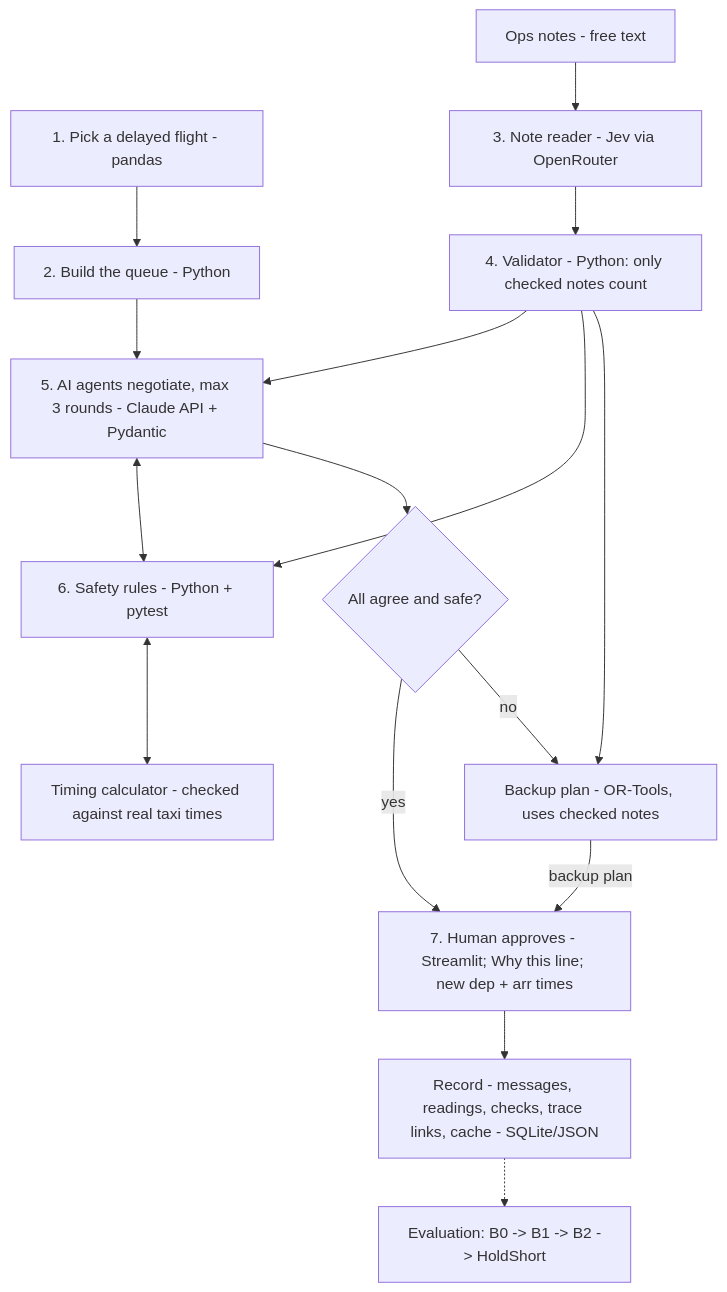
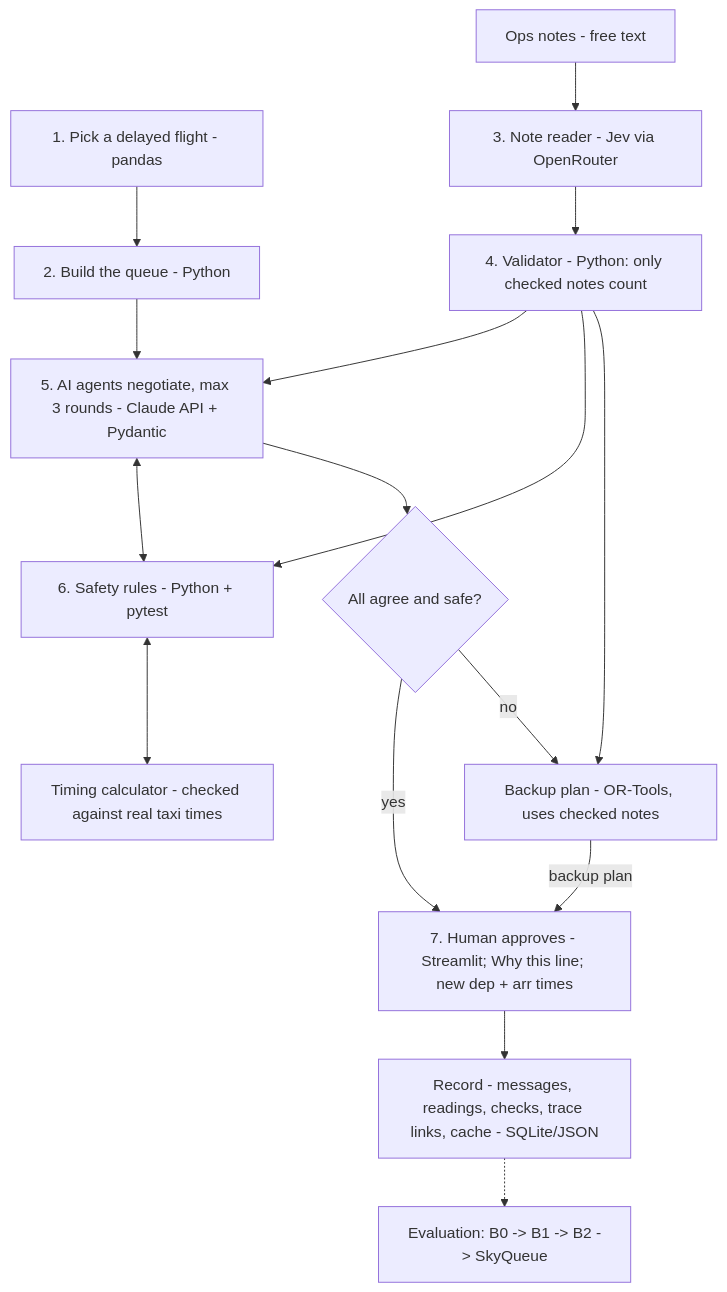
Before and after one commit to slyf0xx97/SkyQueue: the diagram in docs/brief.md, drawn with Mermaid. The commit also changed other lines of this file and 15 other files, not shown here.

Commit message:
Rename product to SkyQueue

````diff
--- a/docs/brief.md
+++ b/docs/brief.md
@@ -237,18 +226,18 @@
 ```mermaid
 flowchart TD
   A[1. Pick a delayed flight - pandas] --> B[2. Build the queue - Python]
   N[Ops notes - free text] --> J[3. Note reader - Jev via OpenRouter]
   J --> V[4. Validator - Python: only checked notes count]
   B --> C[5. AI agents negotiate, max 3 rounds - Claude API + Pydantic]
   V --> C
   V --> D
   V --> G
   C <--> D[6. Safety rules - Python + pytest]
   D <--> E[Timing calculator - checked against real taxi times]
   C --> F{All agree and safe?}
   F -- yes --> H[7. Human approves - Streamlit; Why this line; new dep + arr times]
   F -- no --> G[Backup plan - OR-Tools, uses checked notes]
   G -- backup plan --> H
   H --> L[Record - messages, readings, checks, trace links, cache - SQLite/JSON]
-  L -.-> X[Evaluation: B0 -> B1 -> B2 -> HoldShort]
+  L -.-> X[Evaluation: B0 -> B1 -> B2 -> SkyQueue]
 ```
````
